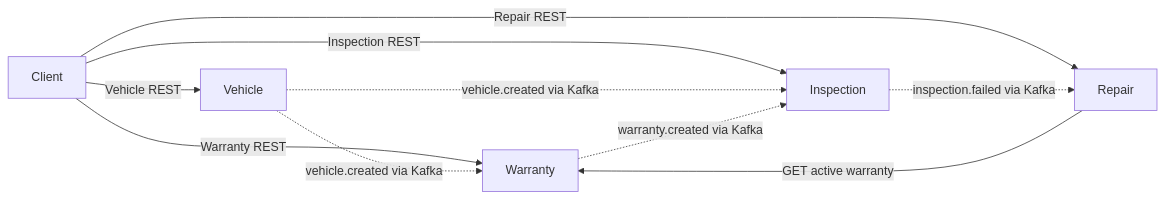
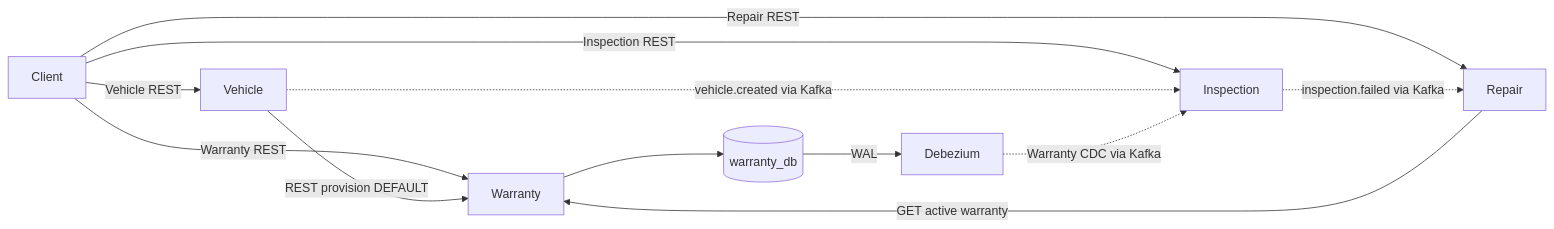
One commit to Huy-8bit/interview changed the second of 11 diagrams in lab/README.md. Above: the diagram before and after it, drawn with Mermaid. The commit also changed other lines of this file and 141 other files, not shown here.

````diff
--- a/lab/README.md
+++ b/lab/README.md
@@ -101,12 +100,14 @@
 ```mermaid
 flowchart LR
     client["Client"] -->|"Vehicle REST"| vehicle["Vehicle"]
     client -->|"Warranty REST"| warranty["Warranty"]
     client -->|"Inspection REST"| inspection["Inspection"]
     client -->|"Repair REST"| repair["Repair"]
-    vehicle -.->|"vehicle.created via Kafka"| warranty
+    vehicle -->|"REST provision DEFAULT"| warranty
     vehicle -.->|"vehicle.created via Kafka"| inspection
-    warranty -.->|"warranty.created via Kafka"| inspection
+    warranty --> wdb[("warranty_db")]
+    wdb -->|"WAL"| dbz["Debezium"]
+    dbz -.->|"Warranty CDC via Kafka"| inspection
     inspection -.->|"inspection.failed via Kafka"| repair
     repair -->|"GET active warranty"| warranty
 ```
````
